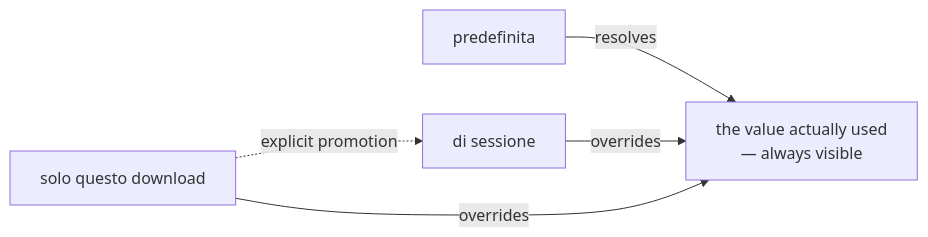
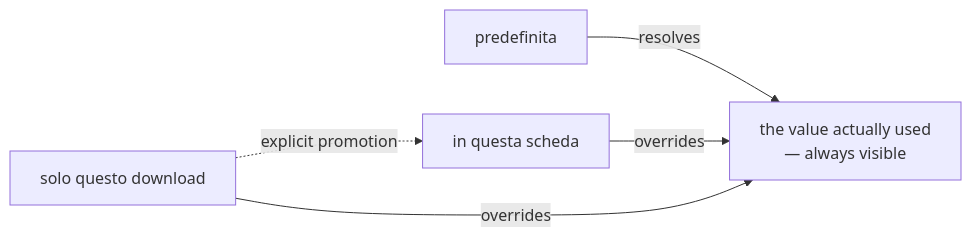
One commit to alergyonthestage/ytdl changed the second of 2 diagrams in docs/ux-principles.md. Above: the diagram before and after it, drawn with Mermaid. The commit also changed other lines of this file and 1 other file, not shown here.

````diff
--- a/docs/ux-principles.md
+++ b/docs/ux-principles.md
@@ -159,7 +168,7 @@
 ```mermaid
 flowchart LR
   D["predefinita"] -->|resolves| E["the value actually used<br/>— always visible"]
-  S["di sessione"] -->|overrides| E
+  S["in questa scheda"] -->|overrides| E
   O["solo questo download"] -->|overrides| E
   O -.->|"explicit promotion"| S
 ```
````
